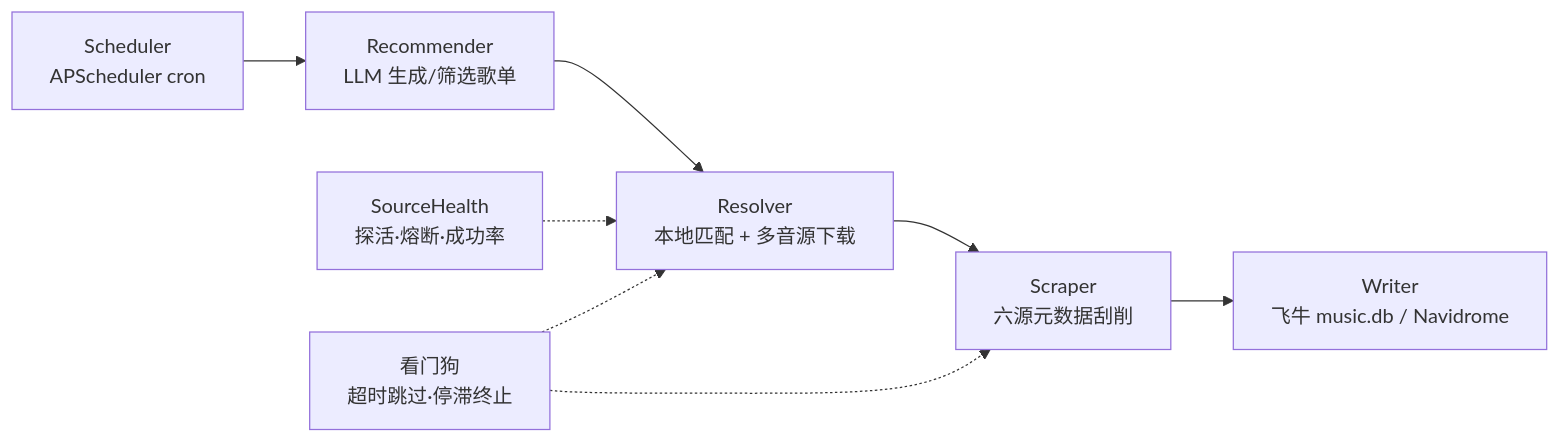
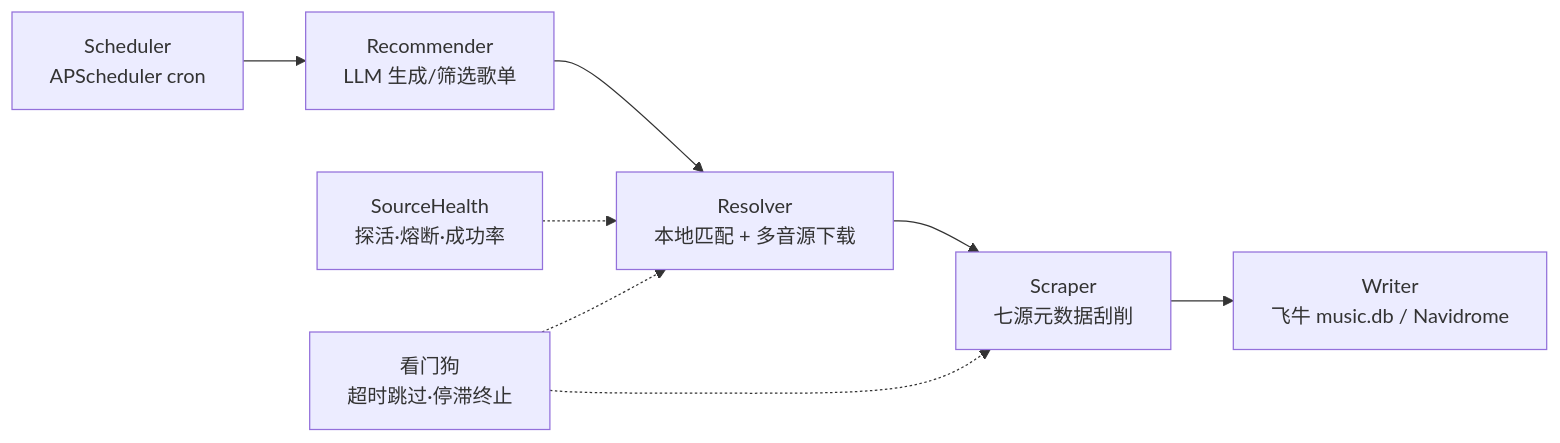
Before and after one commit to youze27/TuneSync: the diagram in README.md, drawn with Mermaid. The commit also changed other lines of this file and 2 other files, not shown here.

````diff
--- a/README.md
+++ b/README.md
@@ -47,10 +87,10 @@
 ```mermaid
 flowchart LR
     A[Scheduler<br/>APScheduler cron] --> B[Recommender<br/>LLM 生成/筛选歌单]
     B --> C[Resolver<br/>本地匹配 + 多音源下载]
-    C --> D[Scraper<br/>六源元数据刮削]
+    C --> D[Scraper<br/>七源元数据刮削]
     D --> E[Writer<br/>飞牛 music.db / Navidrome]
     H[SourceHealth<br/>探活·熔断·成功率] -.-> C
     W[看门狗<br/>超时跳过·停滞终止] -.-> C
     W -.-> D
 ```
````
